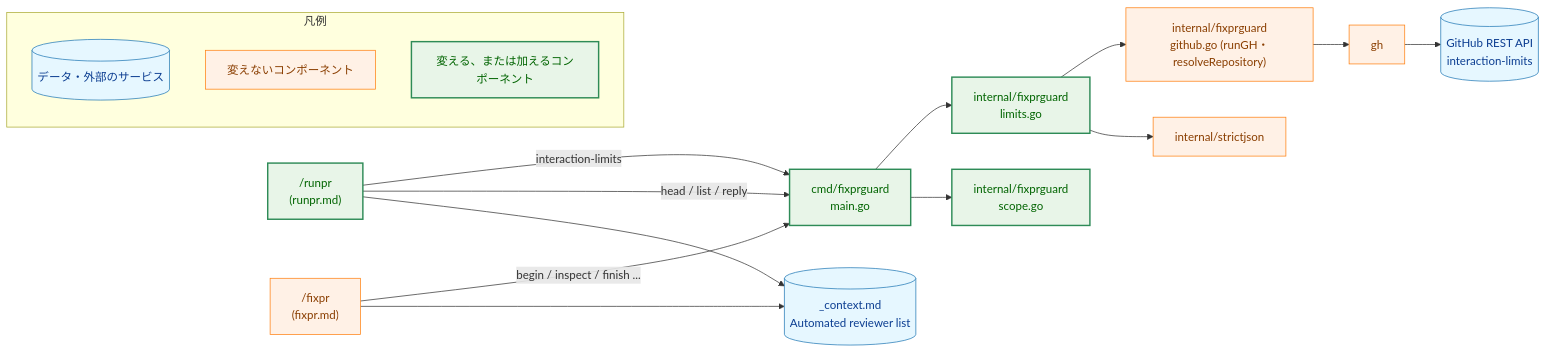
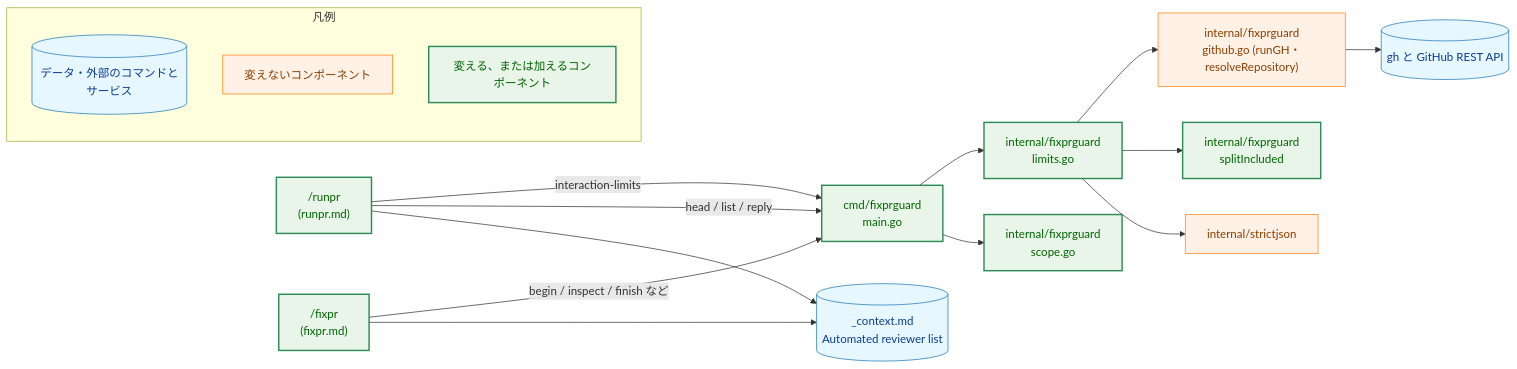
One commit to isseis/yt2column changed the second of 5 diagrams in docs/tasks/0057_reviewer_relay_guard/02_architecture.md. Above: the diagram before and after it, drawn with Mermaid. The commit also changed other lines of this file and 1 other file, not shown here.

First line of the commit message:
docs(0057): apply the architecture review and record the requirement changes

````diff
--- a/docs/tasks/0057_reviewer_relay_guard/02_architecture.md
+++ b/docs/tasks/0057_reviewer_relay_guard/02_architecture.md
@@ -133,42 +161,42 @@
 ```mermaid
 flowchart LR
     classDef data fill:#e6f7ff,stroke:#1f77b4,stroke-width:1px,color:#0b3d91;
     classDef process fill:#fff1e6,stroke:#ff7f0e,stroke-width:1px,color:#8a3e00;
     classDef enhanced fill:#e8f5e8,stroke:#2e8b57,stroke-width:2px,color:#006400;
 
     RUNPR["/runpr<br>(runpr.md)"]
     FIXPR["/fixpr<br>(fixpr.md)"]
     CTX[("_context.md<br>Automated reviewer list")]
     MAIN["cmd/fixprguard<br>main.go"]
     LIM["internal/fixprguard<br>limits.go"]
     SCOPE["internal/fixprguard<br>scope.go"]
+    INC["internal/fixprguard<br>splitIncluded"]
     GHB["internal/fixprguard<br>github.go (runGH・resolveRepository)"]
     SJ["internal/strictjson"]
-    GH["gh"]
-    API[("GitHub REST API<br>interaction-limits")]
+    API[("gh と GitHub REST API")]
 
     RUNPR -->|"interaction-limits"| MAIN
     RUNPR -->|"head / list / reply"| MAIN
-    FIXPR -->|"begin / inspect / finish ..."| MAIN
+    FIXPR -->|"begin / inspect / finish など"| MAIN
     RUNPR --> CTX
     FIXPR --> CTX
     MAIN --> LIM
     MAIN --> SCOPE
     LIM --> GHB
+    LIM --> INC
     LIM --> SJ
-    GHB --> GH
-    GH --> API
+    GHB --> API
 
     class CTX,API data
-    class FIXPR,GHB,SJ,GH process
-    class RUNPR,MAIN,LIM,SCOPE enhanced
+    class GHB,SJ process
+    class RUNPR,FIXPR,MAIN,LIM,SCOPE,INC enhanced
 
     subgraph Legend["凡例"]
-        LG1[("データ・外部のサービス")]
+        LG1[("データ・外部のコマンドとサービス")]
         LG2["変えないコンポーネント"]
         LG3["変える、または加えるコンポーネント"]
     end
     class LG1 data
     class LG2 process
     class LG3 enhanced
 ```
````
